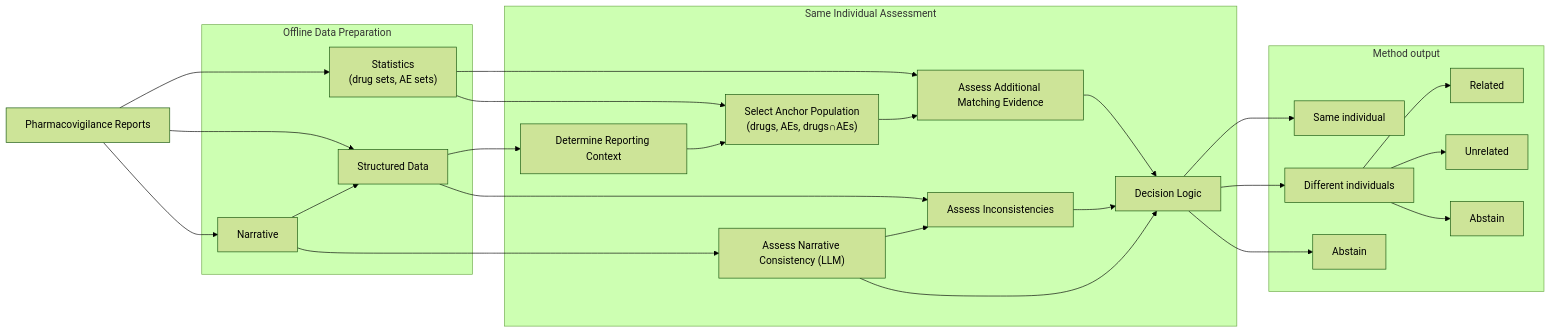
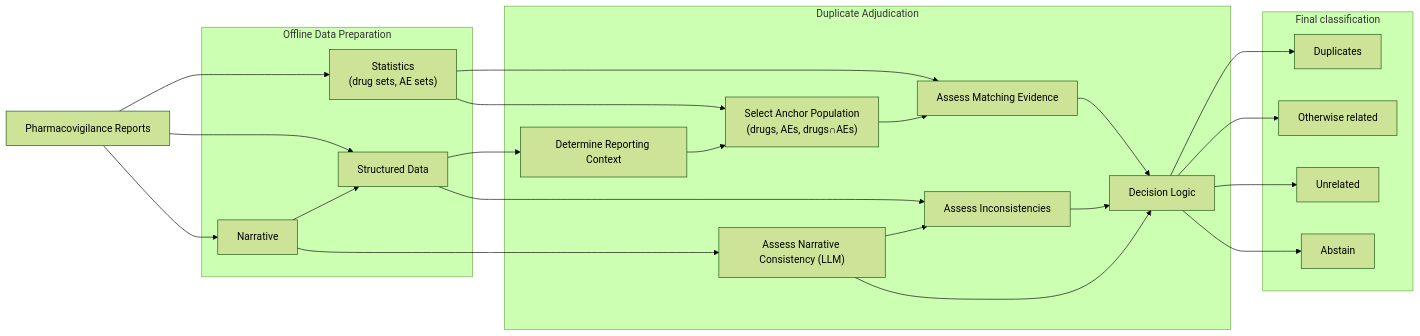
Before and after one commit to Uppsala-Monitoring-Centre/vigiTwin: the diagram in docs/pipeline_overview.md, drawn with Mermaid (forest theme). The commit also changed other lines of this file and 30 other files, not shown here.

````diff
--- a/docs/pipeline_overview.md
+++ b/docs/pipeline_overview.md
@@ -29,58 +36,53 @@
 ```mermaid
 flowchart LR
 
 A["Pharmacovigilance Reports"]
 
 subgraph Data_Preparation["Offline Data Preparation"]
 B["Structured Data"]
 C["Narrative"]
 D["Statistics<br>(drug sets, AE sets)"]
 end
 
-subgraph Duplicate_Assessment["Same Individual Assessment"]
+subgraph Adjudication["Duplicate Adjudication"]
 E["Determine Reporting Context"]
 F["Select Anchor Population<br>(drugs, AEs, drugs∩AEs)"]
-H["Assess Additional Matching Evidence"]
+H["Assess Matching Evidence"]
 I["Assess Inconsistencies"]
 J["Assess Narrative Consistency (LLM)"]
 K["Decision Logic"]
 end
 
-subgraph Output["Method output"]
-M["Same individual"]
-N["Different individuals"]
-O["Abstain"]
-P["Related"]
-Q["Unrelated"]
-R["Abstain"]
+subgraph Output["Final classification"]
+M["Duplicates"]
+N["Otherwise related"]
+O["Unrelated"]
+P["Abstain"]
 end
 
 
 A --> B
 A --> C
 A --> D
 
 B --> E
 B --> I
 C --> B
 C --> J
 D --> F
 D --> H
 
 E --> F
 F --> H
 J --> I
 
 
 H --> K
 I --> K
 J --> K
 
 K --> M
 K --> N
 K --> O
-
-N --> P
-N --> Q
-N --> R
+K --> P
 ```
````
